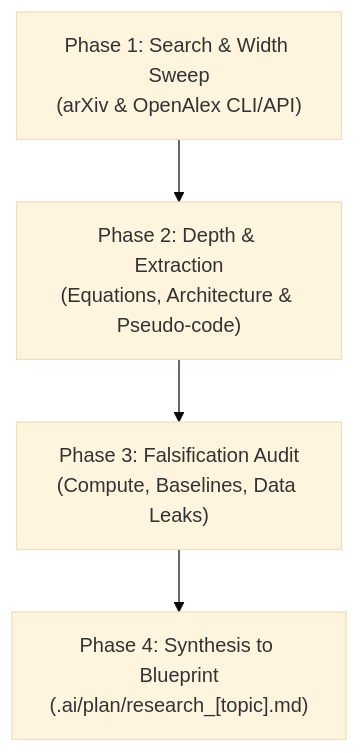
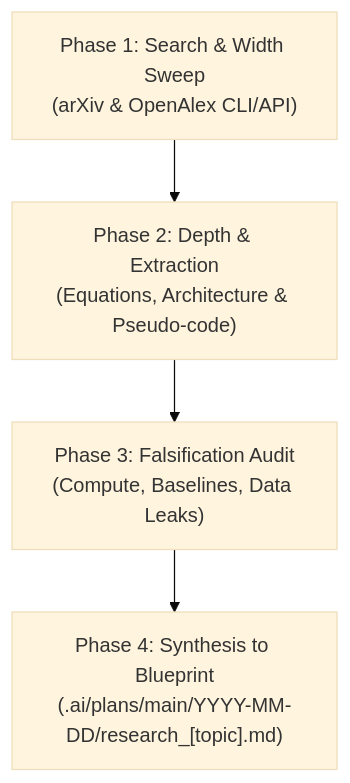
One commit to Khanhduong123/herness_agent changed the diagram in .agents/skills/sdlc-ai-paper-researcher/SKILL.md. Above: the diagram before and after it, drawn with Mermaid (base theme). The commit also changed other lines of this file and 15 other files, not shown here.

````diff
--- a/.agents/skills/sdlc-ai-paper-researcher/SKILL.md
+++ b/.agents/skills/sdlc-ai-paper-researcher/SKILL.md
@@ -28,6 +28,6 @@
 ```mermaid
 graph TD
     P1["Phase 1: Search & Width Sweep<br/>(arXiv & OpenAlex CLI/API)"] --> P2["Phase 2: Depth & Extraction<br/>(Equations, Architecture & Pseudo-code)"]
     P2 --> P3["Phase 3: Falsification Audit<br/>(Compute, Baselines, Data Leaks)"]
-    P3 --> P4["Phase 4: Synthesis to Blueprint<br/>(.ai/plan/research_[topic].md)"]
+    P3 --> P4["Phase 4: Synthesis to Blueprint<br/>(.ai/plans/main/YYYY-MM-DD/research_[topic].md)"]
 ```
````
